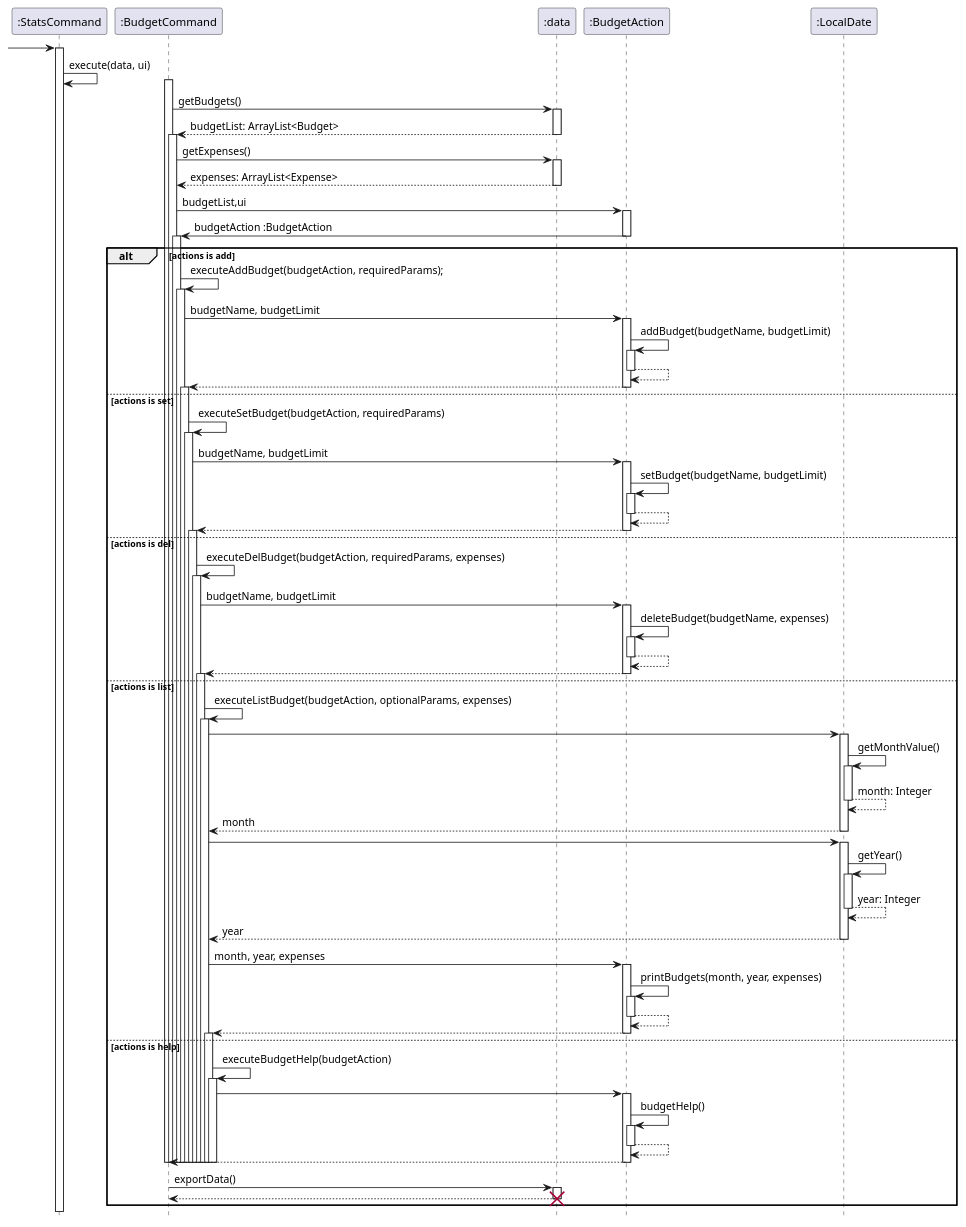
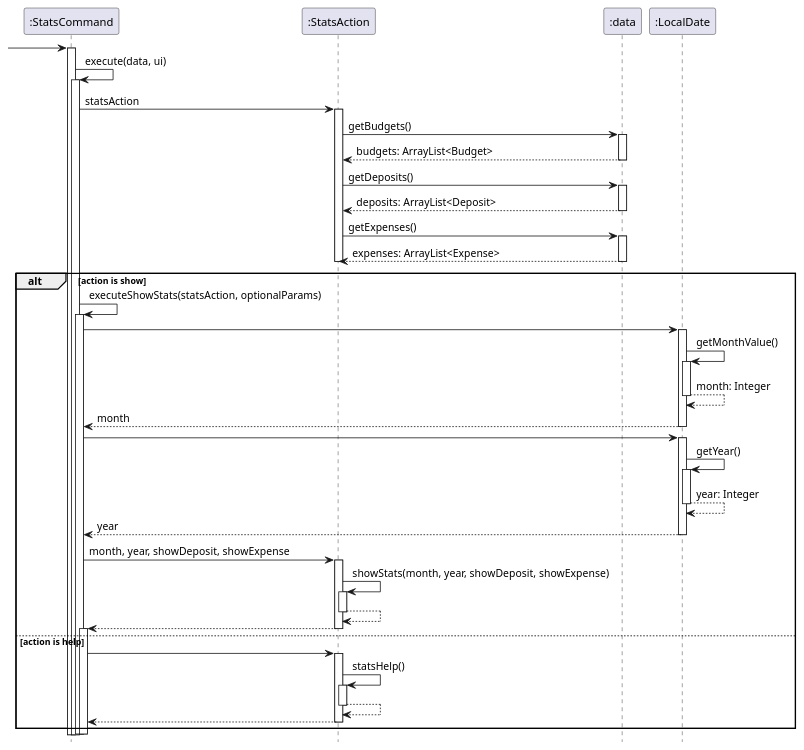
Before and after one commit to stephenkyang/tp: the diagram in docs/uml/StatsCommandSequence.puml, drawn with PlantUML. The commit also changed 4 other files, not shown here.

Commit message:
Added Stats Sequence Diagram

```diff
--- a/docs/uml/StatsCommandSequence.puml
+++ b/docs/uml/StatsCommandSequence.puml
@@ -1,127 +1,76 @@
 @startuml
 
 hide footbox
 
  -> ":StatsCommand":
 
 activate ":StatsCommand"
 ":StatsCommand" -> ":StatsCommand": execute(data, ui)
-activate  ":BudgetCommand"
-":BudgetCommand" -> ":data": getBudgets()
+activate  ":StatsCommand"
+":StatsCommand" -> ":StatsAction" :statsAction
+activate ":StatsAction"
+
+":StatsAction" -> ":data" :getBudgets()
 activate ":data"
-return budgetList: ArrayList<Budget>
+return budgets: ArrayList<Budget>
+deactivate ":data"
+":StatsAction" -> ":data" :getDeposits()
+activate ":data"
+return deposits: ArrayList<Deposit>
+deactivate ":data"
+":StatsAction" -> ":data" :getExpenses()
+activate ":data"
+return expenses: ArrayList<Expense>
 deactivate ":data"
 
-activate  ":BudgetCommand"
-":BudgetCommand" -> ":data": getExpenses()
-activate ":data"
-return expenses: ArrayList<Expense>
+
+deactivate ":StatsAction"
 
 
 
-":BudgetCommand" -> ":BudgetAction" : budgetList,ui
-activate ":BudgetAction"
-":BudgetAction" -> ":BudgetCommand" : budgetAction :BudgetAction
-deactivate ":BudgetAction"
-
-alt actions is add
-activate  ":BudgetCommand"
-":BudgetCommand" -> ":BudgetCommand": executeAddBudget(budgetAction, requiredParams);
-activate ":BudgetCommand"
-":BudgetCommand" -> ":BudgetAction" : budgetName, budgetLimit
-activate ":BudgetAction"
-":BudgetAction" -> ":BudgetAction" : addBudget(budgetName, budgetLimit)
-activate ":BudgetAction"
-return
-return
+alt action is show
+":StatsCommand" -> ":StatsCommand" :executeShowStats(statsAction, optionalParams)
+activate ":StatsCommand"
 
 
-else actions is set
-activate  ":BudgetCommand"
-":BudgetCommand" -> ":BudgetCommand": executeSetBudget(budgetAction, requiredParams)
-activate ":BudgetCommand"
-":BudgetCommand" -> ":BudgetAction" : budgetName, budgetLimit
-activate ":BudgetAction"
-":BudgetAction" -> ":BudgetAction" : setBudget(budgetName, budgetLimit)
-activate ":BudgetAction"
-return
-return
-
-
-else actions is del
-activate  ":BudgetCommand"
-":BudgetCommand" -> ":BudgetCommand": executeDelBudget(budgetAction, requiredParams, expenses)
-activate ":BudgetCommand"
-":BudgetCommand" -> ":BudgetAction" : budgetName, budgetLimit
-activate ":BudgetAction"
-":BudgetAction" -> ":BudgetAction" : deleteBudget(budgetName, expenses)
-activate ":BudgetAction"
-return
-return
-
-else actions is list
-activate  ":BudgetCommand"
-":BudgetCommand" -> ":BudgetCommand": executeListBudget(budgetAction, optionalParams, expenses)
-activate ":BudgetCommand"
-
-":BudgetCommand" -> ":LocalDate":
+":StatsCommand" -> ":LocalDate":
 activate ":LocalDate"
 ":LocalDate" -> ":LocalDate": getMonthValue()
 activate ":LocalDate"
 return month: Integer
 return month
 
-":BudgetCommand" -> ":LocalDate":
+
+":StatsCommand" -> ":LocalDate":
 activate ":LocalDate"
 ":LocalDate" -> ":LocalDate": getYear()
 activate ":LocalDate"
 return year: Integer
 return year
 
-":BudgetCommand" -> ":BudgetAction" : month, year, expenses
-activate ":BudgetAction"
-":BudgetAction" -> ":BudgetAction" : printBudgets(month, year, expenses)
-activate ":BudgetAction"
+":StatsCommand" -> ":StatsAction" :month, year, showDeposit, showExpense
+activate ":StatsAction"
+":StatsAction" -> ":StatsAction" :showStats(month, year, showDeposit, showExpense)
+activate ":StatsAction"
 return
 return
 
-
-else actions is help
-activate  ":BudgetCommand"
-":BudgetCommand" -> ":BudgetCommand": executeBudgetHelp(budgetAction)
-activate ":BudgetCommand"
-":BudgetCommand" -> ":BudgetAction"
-activate ":BudgetAction"
-":BudgetAction" -> ":BudgetAction" : budgetHelp()
-activate ":BudgetAction"
+else action is help
+activate ":StatsCommand"
+":StatsCommand" -> ":StatsAction"
+activate ":StatsAction"
+":StatsAction" -> ":StatsAction" : statsHelp()
+activate ":StatsAction"
 return
 return
-
-
-deactivate ":BudgetCommand"
-deactivate ":BudgetCommand"
-deactivate ":BudgetCommand"
-deactivate ":BudgetCommand"
-deactivate ":BudgetCommand"
-deactivate ":BudgetCommand"
-deactivate ":BudgetCommand"
-deactivate ":BudgetCommand"
-deactivate ":BudgetCommand"
-deactivate ":BudgetCommand"
-deactivate ":BudgetCommand"
-deactivate ":BudgetCommand"
-
-
-":BudgetCommand" -> ":data": exportData()
-activate ":data"
-return
-
-deactivate ":data"
-destroy ":data"
-
 
 end
 
 
+deactivate ":StatsCommand"
+deactivate ":StatsCommand"
+
+
+
 
 @enduml
```
